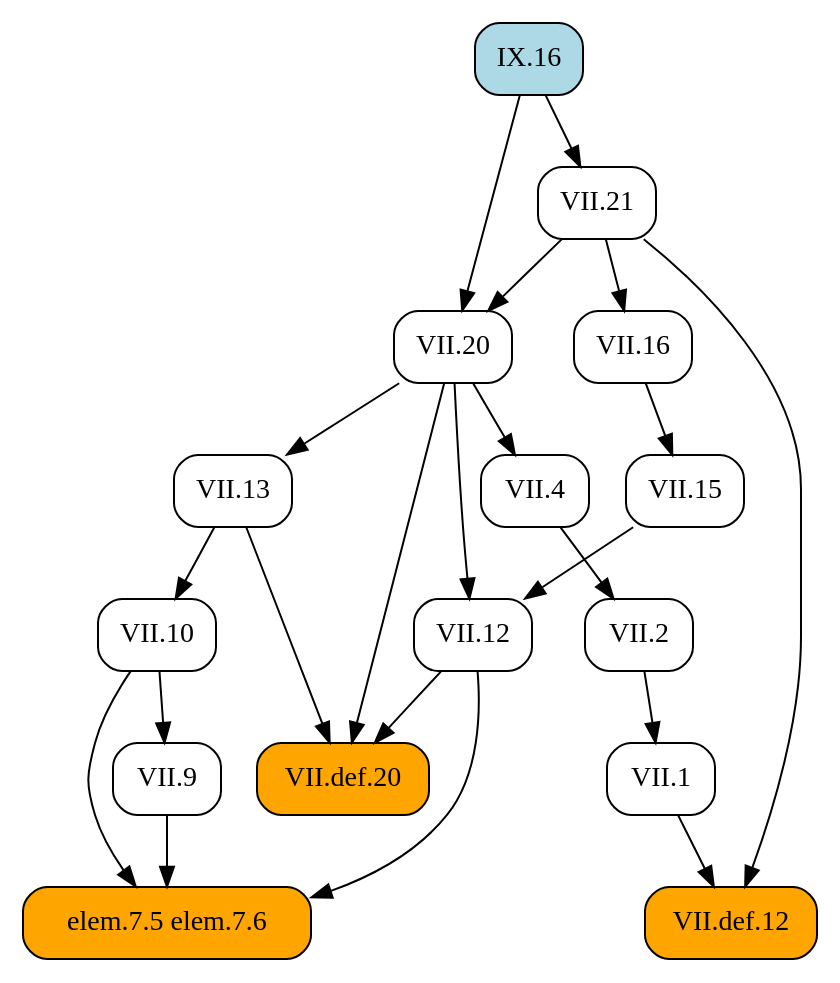
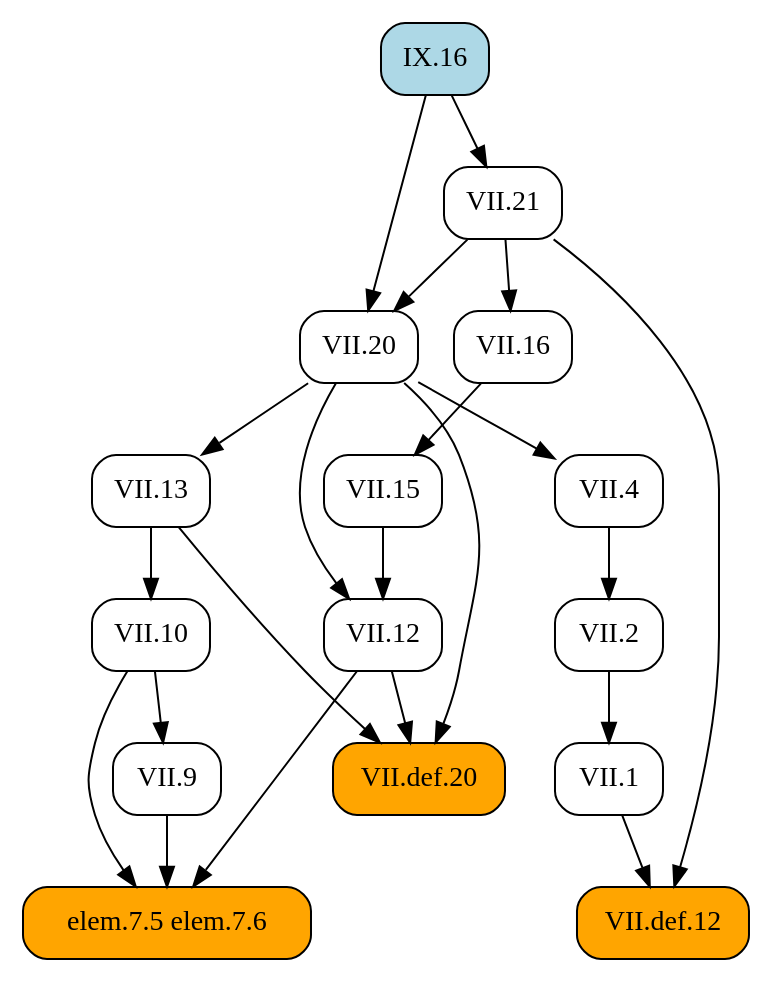
One commit to geometor/elements changed the diagram in docsrc/heath/IX/16/index.rst. Above: the diagram before and after it, drawn with Graphviz. The commit also changed other lines of this file and 1029 other files, not shown here.

```diff
--- a/docsrc/heath/IX/16/index.rst
+++ b/docsrc/heath/IX/16/index.rst
@@ -32,42 +32,42 @@
 .. graphviz::
 
    digraph {
      rankdir="TB";
      node [shape=box, style=rounded];
+     "elem.7.5 elem.7.6" [style="rounded,filled", fillcolor=orange];
      "VII.20" [URL="/heath/VII/20/", target="_top"];
-     "VII.4" [URL="/heath/VII/4/", target="_top"];
      "VII.def.12" [style="rounded,filled", fillcolor=orange, URL="/heath/VII/def.12/", target="_top"];
-     "VII.12" [URL="/heath/VII/12/", target="_top"];
-     "VII.15" [URL="/heath/VII/15/", target="_top"];
-     "IX.16" [style="rounded,filled", fillcolor=lightblue, URL="/heath/IX/16/", target="_top"];
-     "VII.2" [URL="/heath/VII/2/", target="_top"];
-     "VII.9" [URL="/heath/VII/9/", target="_top"];
-     "VII.def.20" [style="rounded,filled", fillcolor=orange, URL="/heath/VII/def.20/", target="_top"];
-     "elem.7.5 elem.7.6" [style="rounded,filled", fillcolor=orange];
-     "VII.16" [URL="/heath/VII/16/", target="_top"];
-     "VII.13" [URL="/heath/VII/13/", target="_top"];
      "VII.1" [URL="/heath/VII/1/", target="_top"];
      "VII.10" [URL="/heath/VII/10/", target="_top"];
+     "VII.9" [URL="/heath/VII/9/", target="_top"];
+     "IX.16" [style="rounded,filled", fillcolor=lightblue, URL="/heath/IX/16/", target="_top"];
+     "VII.13" [URL="/heath/VII/13/", target="_top"];
+     "VII.2" [URL="/heath/VII/2/", target="_top"];
+     "VII.16" [URL="/heath/VII/16/", target="_top"];
+     "VII.12" [URL="/heath/VII/12/", target="_top"];
+     "VII.4" [URL="/heath/VII/4/", target="_top"];
+     "VII.15" [URL="/heath/VII/15/", target="_top"];
      "VII.21" [URL="/heath/VII/21/", target="_top"];
+     "VII.def.20" [style="rounded,filled", fillcolor=orange, URL="/heath/VII/def.20/", target="_top"];
+     "VII.9" -> "elem.7.5 elem.7.6";
+     "VII.10" -> "elem.7.5 elem.7.6";
+     "VII.12" -> "elem.7.5 elem.7.6";
      "VII.21" -> "VII.20";
      "IX.16" -> "VII.20";
-     "VII.20" -> "VII.4";
      "VII.1" -> "VII.def.12";
      "VII.21" -> "VII.def.12";
+     "VII.2" -> "VII.1";
+     "VII.13" -> "VII.10";
+     "VII.10" -> "VII.9";
+     "VII.20" -> "VII.13";
+     "VII.4" -> "VII.2";
+     "VII.21" -> "VII.16";
      "VII.15" -> "VII.12";
      "VII.20" -> "VII.12";
+     "VII.20" -> "VII.4";
      "VII.16" -> "VII.15";
-     "VII.4" -> "VII.2";
-     "VII.10" -> "VII.9";
+     "IX.16" -> "VII.21";
      "VII.12" -> "VII.def.20";
      "VII.13" -> "VII.def.20";
      "VII.20" -> "VII.def.20";
-     "VII.9" -> "elem.7.5 elem.7.6";
-     "VII.10" -> "elem.7.5 elem.7.6";
-     "VII.12" -> "elem.7.5 elem.7.6";
-     "VII.21" -> "VII.16";
-     "VII.20" -> "VII.13";
-     "VII.2" -> "VII.1";
-     "VII.13" -> "VII.10";
-     "IX.16" -> "VII.21";
    }
```
